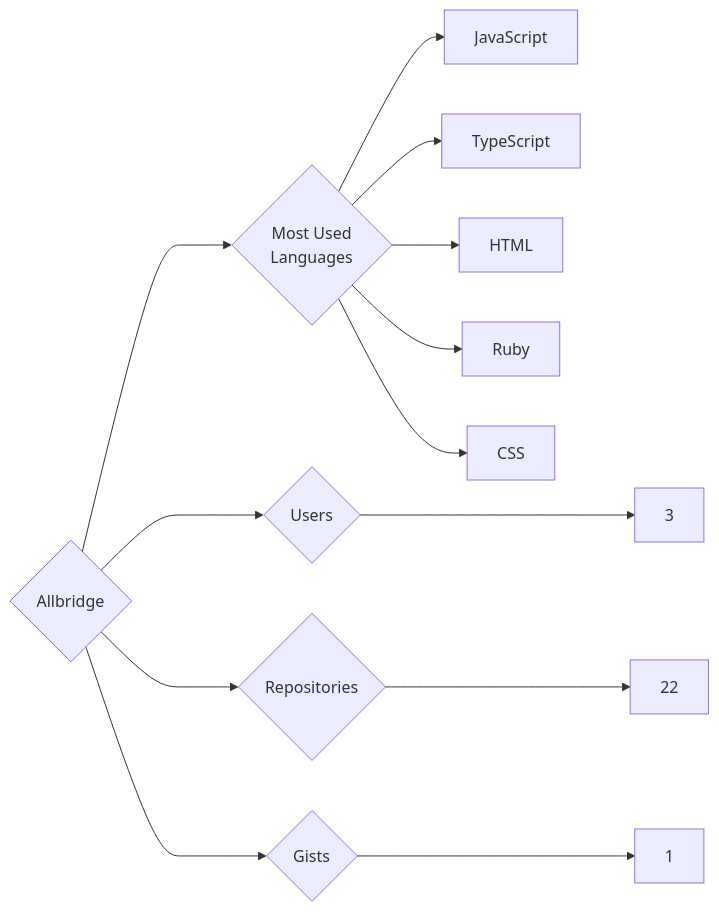
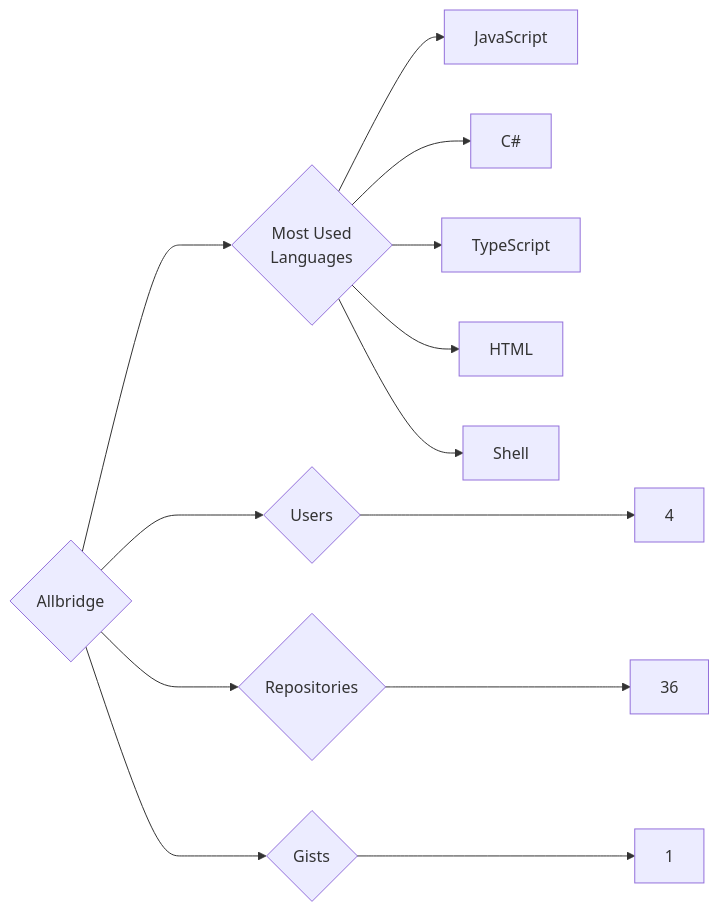
One commit to trickest/insiders changed the diagram in targets/Allbridge/README.md. Above: the diagram before and after it, drawn with Mermaid. The commit also changed 865 other files, not shown here.

````diff
--- a/targets/Allbridge/README.md
+++ b/targets/Allbridge/README.md
@@ -3,13 +3,13 @@
 ```mermaid
 graph LR
 COMPANY_NAME{Allbridge}
-COMPANY_NAME ---> U{Users} ---> UN[3]
-COMPANY_NAME ---> R{Repositories} ---> RN[22]
+COMPANY_NAME ---> U{Users} ---> UN[4]
+COMPANY_NAME ---> R{Repositories} ---> RN[36]
 COMPANY_NAME ---> G{Gists} ---> GN[1]
 COMPANY_NAME ---> ML{Most Used<br>Languages}
 ML --> JavaScript[JavaScript]
+ML --> C#[C#]
 ML --> TypeScript[TypeScript]
 ML --> HTML[HTML]
-ML --> Ruby[Ruby]
-ML --> CSS[CSS]
+ML --> Shell[Shell]
 ```
````
